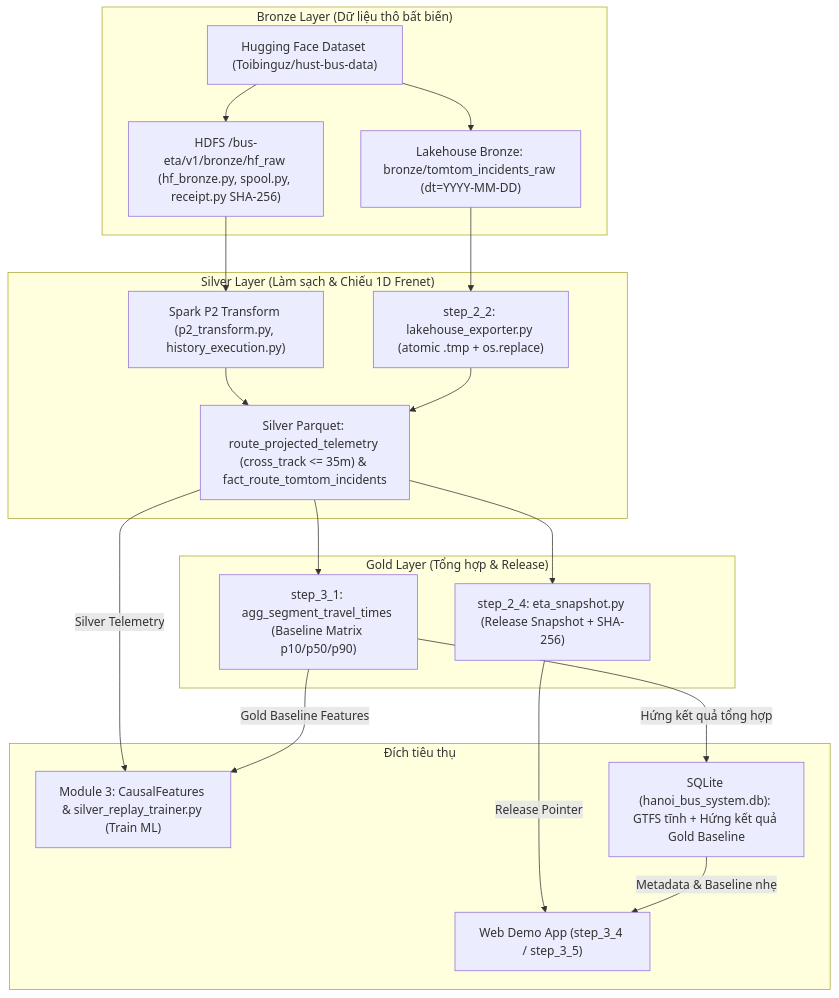
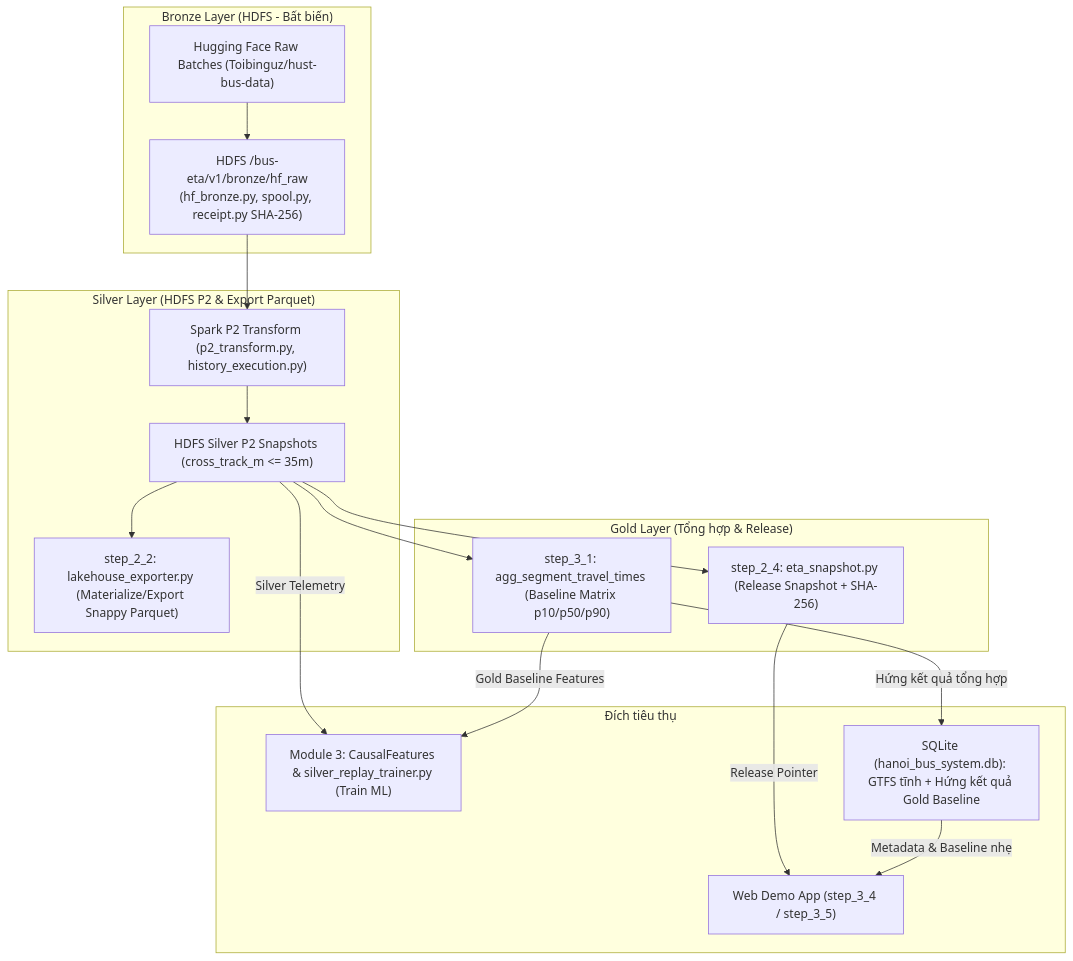
Before and after one commit to toibinguz/Bus_tracking: the diagram in docs/HDFS_LAKEHOUSE.md, drawn with Mermaid. The commit also changed other lines of this file and 3 other files, not shown here.

Commit message:
docs: enforce single HDFS-first ingestion/storage flow without shadow local raw/lakehouse bypass

````diff
--- a/docs/HDFS_LAKEHOUSE.md
+++ b/docs/HDFS_LAKEHOUSE.md
@@ -9,35 +9,34 @@
 ```mermaid
 flowchart TD
-    subgraph BR["Bronze Layer (Dữ liệu thô bất biến)"]
-        HF["Hugging Face Dataset (Toibinguz/hust-bus-data)"]
-        HDFS_BR["HDFS /bus-eta/v1/bronze/hf_raw (hf_bronze.py, spool.py, receipt.py SHA-256)"]
-        LH_BR["Lakehouse Bronze: bronze/tomtom_incidents_raw (dt=YYYY-MM-DD)"]
+    subgraph BR["Bronze Layer (HDFS - Bất biến)"]
+        HF["Hugging Face Raw Batches (Toibinguz/hust-bus-data)"]
+        HDFS_BR["HDFS /bus-eta/v1/bronze/hf_raw\n(hf_bronze.py, spool.py, receipt.py SHA-256)"]
     end
 
-    subgraph SIL["Silver Layer (Làm sạch & Chiếu 1D Frenet)"]
+    subgraph SIL["Silver Layer (HDFS P2 & Export Parquet)"]
         P2["Spark P2 Transform (p2_transform.py, history_execution.py)"]
-        EXP["step_2_2: lakehouse_exporter.py (atomic .tmp + os.replace)"]
-        LH_SIL["Silver Parquet: route_projected_telemetry (cross_track <= 35m) & fact_route_tomtom_incidents"]
+        HSIL["HDFS Silver P2 Snapshots (cross_track_m <= 35m)"]
+        EXP["step_2_2: lakehouse_exporter.py (Materialize/Export Snappy Parquet)"]
     end
 
     subgraph GOLD["Gold Layer (Tổng hợp & Release)"]
         BASE["step_3_1: agg_segment_travel_times (Baseline Matrix p10/p50/p90)"]
         SNAP["step_2_4: eta_snapshot.py (Release Snapshot + SHA-256)"]
     end
 
     subgraph CONS["Đích tiêu thụ"]
         ML["Module 3: CausalFeatures & silver_replay_trainer.py (Train ML)"]
         SQL["SQLite (hanoi_bus_system.db): GTFS tĩnh + Hứng kết quả Gold Baseline"]
         WEB["Web Demo App (step_3_4 / step_3_5)"]
     end
 
-    HF --> HDFS_BR --> P2 --> LH_SIL
-    HF --> LH_BR --> EXP --> LH_SIL
-    LH_SIL --> BASE
-    LH_SIL --> SNAP
-    LH_SIL -->|"Silver Telemetry"| ML
+    HF --> HDFS_BR --> P2 --> HSIL
+    HSIL --> EXP
+    HSIL --> BASE
+    HSIL --> SNAP
+    HSIL -->|"Silver Telemetry"| ML
     BASE -->|"Gold Baseline Features"| ML
     BASE -->|"Hứng kết quả tổng hợp"| SQL
     SNAP -->|"Release Pointer"| WEB
     SQL -->|"Metadata & Baseline nhẹ"| WEB
 ```
````
